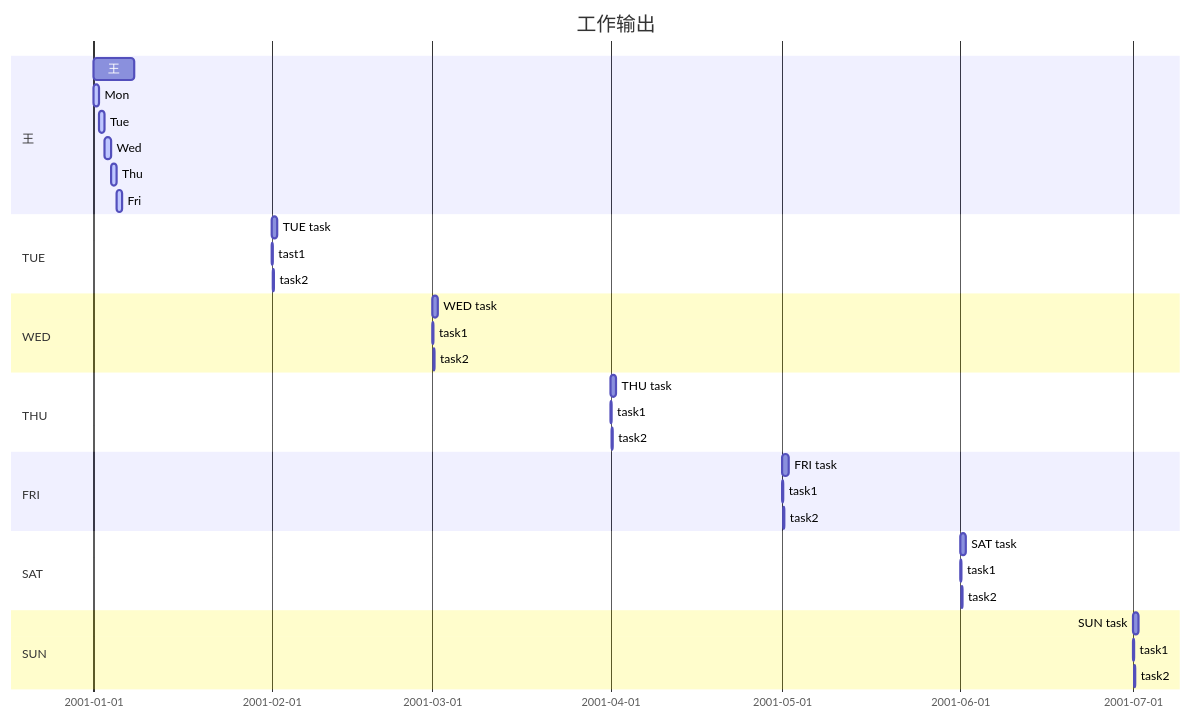
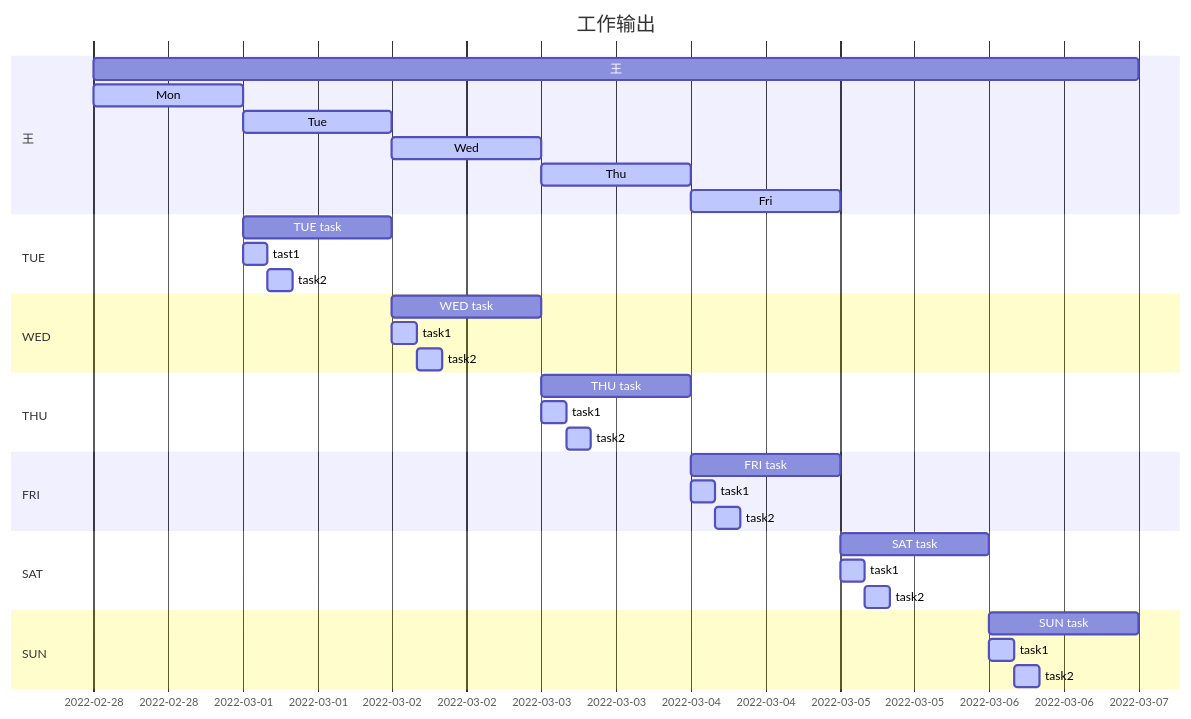
One commit to DC-Melo/README changed the diagram in README.md. Above: the diagram before and after it, drawn with Mermaid.

````diff
--- a/README.md
+++ b/README.md
@@ -73,43 +73,43 @@
 ```mermaid
 gantt
     dateFormat  YYYY-MM-DD
     title 工作输出
 
     section 王
-    王    : mon0p  , TOWEEK.1 , 1w
-    Mon        : active , mon1f    , TOWEEK.1    , 1d
+    王    : mon0p  , 2022-02-28 , 1w
+    Mon        : active , mon1f    , 2022-02-28    , 1d
     Tue        : active , mon2f    , after mon1f , 1d
     Wed        : active , mon3f    , after mon2f , 1d
     Thu        : active , mon4f    , after mon3f , 1d
     Fri        : active , mon5f    , after mon4f , 1d
 
     section TUE
-    TUE task    : tue0p  , TOWEEK.2 , 1d
-    tast1       : active , tue1f    , TOWEEK.2    , 4h
+    TUE task    : tue0p  , 2022-03-01 , 1d
+    tast1       : active , tue1f    , 2022-03-01    , 4h
     task2       : active , tue2f    , after tue1f , 4h
 
     section WED
-    WED task    : wed0p  , TOWEEK.3 , 1d
-    task1       : active , wed1f    , TOWEEK.3    , 4h
+    WED task    : wed0p  , 2022-03-02 , 1d
+    task1       : active , wed1f    , 2022-03-02    , 4h
     task2       : active , wed2f    , after wed1f , 4h
 
     section THU
-    THU task    : thu0p  , TOWEEK.4 , 1d
-    task1       : active , thu1f    , TOWEEK.4    , 4h
+    THU task    : thu0p  , 2022-03-03 , 1d
+    task1       : active , thu1f    , 2022-03-03    , 4h
     task2       : active , thu2f    , after thu1f , 4h
 
     section FRI
-    FRI task    : fri0p  , TOWEEK.5 , 1d
-    task1       : active , fri1f    , TOWEEK.5    , 4h
+    FRI task    : fri0p  , 2022-03-04 , 1d
+    task1       : active , fri1f    , 2022-03-04    , 4h
     task2       : active , fri2f    , after fri1f , 4h
 
     section SAT
-    SAT task    : sat0p  , TOWEEK.6 , 1d
-    task1       : active , sat1f    , TOWEEK.6    , 4h
+    SAT task    : sat0p  , 2022-03-05 , 1d
+    task1       : active , sat1f    , 2022-03-05    , 4h
     task2       : active , sat2f    , after sat1f , 4h
 
     section SUN
-    SUN task    : sun0p  , TOWEEK.7 , 1d
-    task1       : active , sun1f    , TOWEEK.7    , 4h
+    SUN task    : sun0p  , 2022-03-06 , 1d
+    task1       : active , sun1f    , 2022-03-06    , 4h
     task2       : active , sun2f    , after sun1f , 4h
 ```
````
